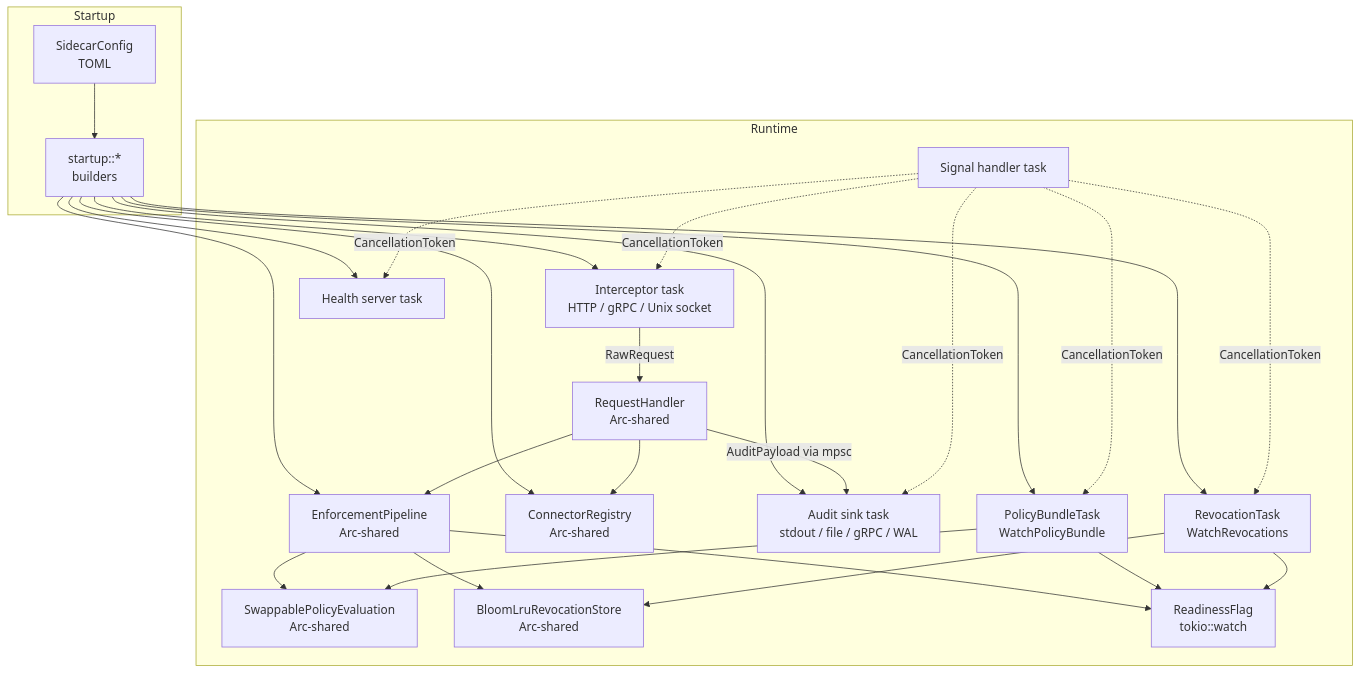
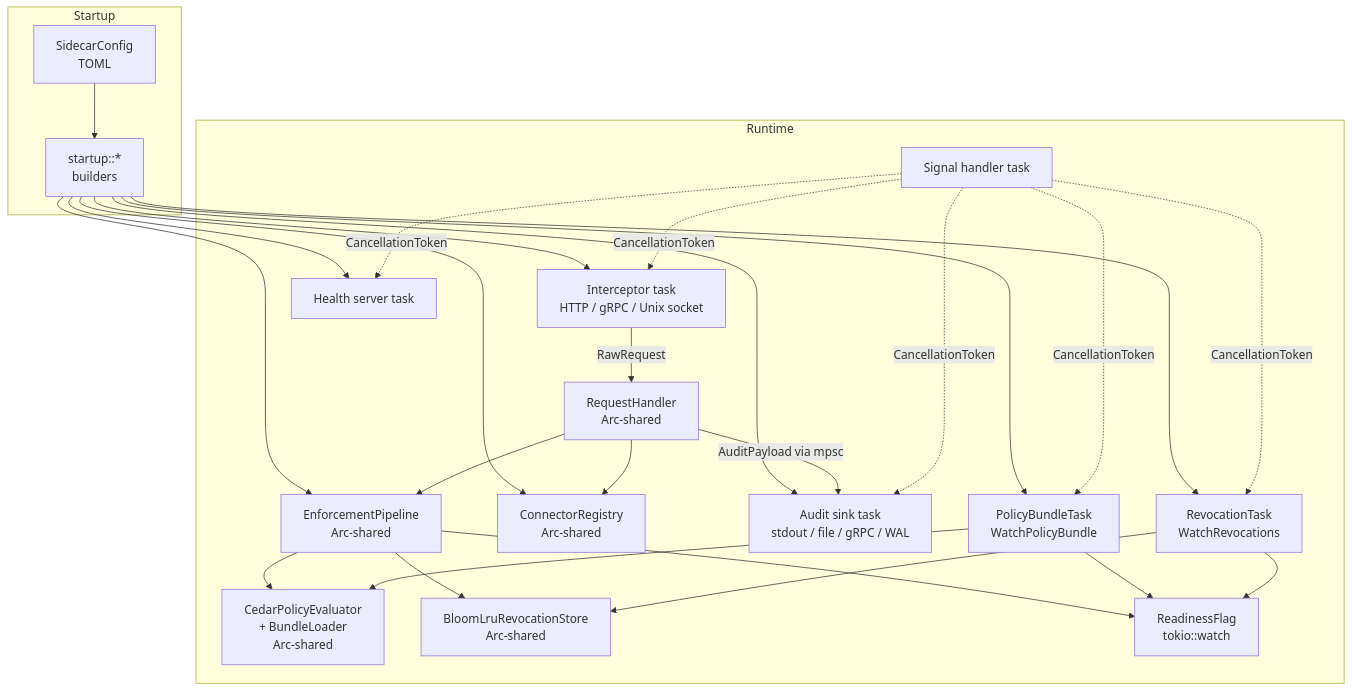
One commit to Firma-AI/openfirma changed the second of 10 diagrams in docs/architecture/sidecar-overview.md. Above: the diagram before and after it, drawn with Mermaid. The commit also changed other lines of this file and 17 other files, not shown here.

First line of the commit message:
feat: implement Cedar policy evaluator and bundle loader (task 013)

````diff
--- a/docs/architecture/sidecar-overview.md
+++ b/docs/architecture/sidecar-overview.md
@@ -60,48 +60,48 @@
 ```mermaid
 graph TB
     subgraph Startup
         cfg[SidecarConfig<br/>TOML]
         builders[startup::*<br/>builders]
         cfg --> builders
     end
 
     subgraph Runtime
         interceptor[Interceptor task<br/>HTTP / gRPC / Unix socket]
         handler[RequestHandler<br/>Arc-shared]
         pipeline[EnforcementPipeline<br/>Arc-shared]
         connreg[ConnectorRegistry<br/>Arc-shared]
         sink[Audit sink task<br/>stdout / file / gRPC / WAL]
         health[Health server task]
         sig[Signal handler task]
         pbtask[PolicyBundleTask<br/>WatchPolicyBundle]
         rvtask[RevocationTask<br/>WatchRevocations]
-        swap[SwappablePolicyEvaluation<br/>Arc-shared]
+        swap[CedarPolicyEvaluator<br/>+ BundleLoader<br/>Arc-shared]
         rev[BloomLruRevocationStore<br/>Arc-shared]
         ready[ReadinessFlag<br/>tokio::watch]
     end
 
     builders --> interceptor
     builders --> pipeline
     builders --> connreg
     builders --> sink
     builders --> health
     builders --> pbtask
     builders --> rvtask
 
     interceptor -->|RawRequest| handler
     handler --> pipeline
     handler --> connreg
     handler -->|AuditPayload via mpsc| sink
     pipeline --> swap
     pipeline --> rev
     pipeline --> ready
     pbtask --> swap
     pbtask --> ready
     rvtask --> rev
     rvtask --> ready
     sig -.->|CancellationToken| interceptor
     sig -.->|CancellationToken| sink
     sig -.->|CancellationToken| health
     sig -.->|CancellationToken| pbtask
     sig -.->|CancellationToken| rvtask
 ```
````
